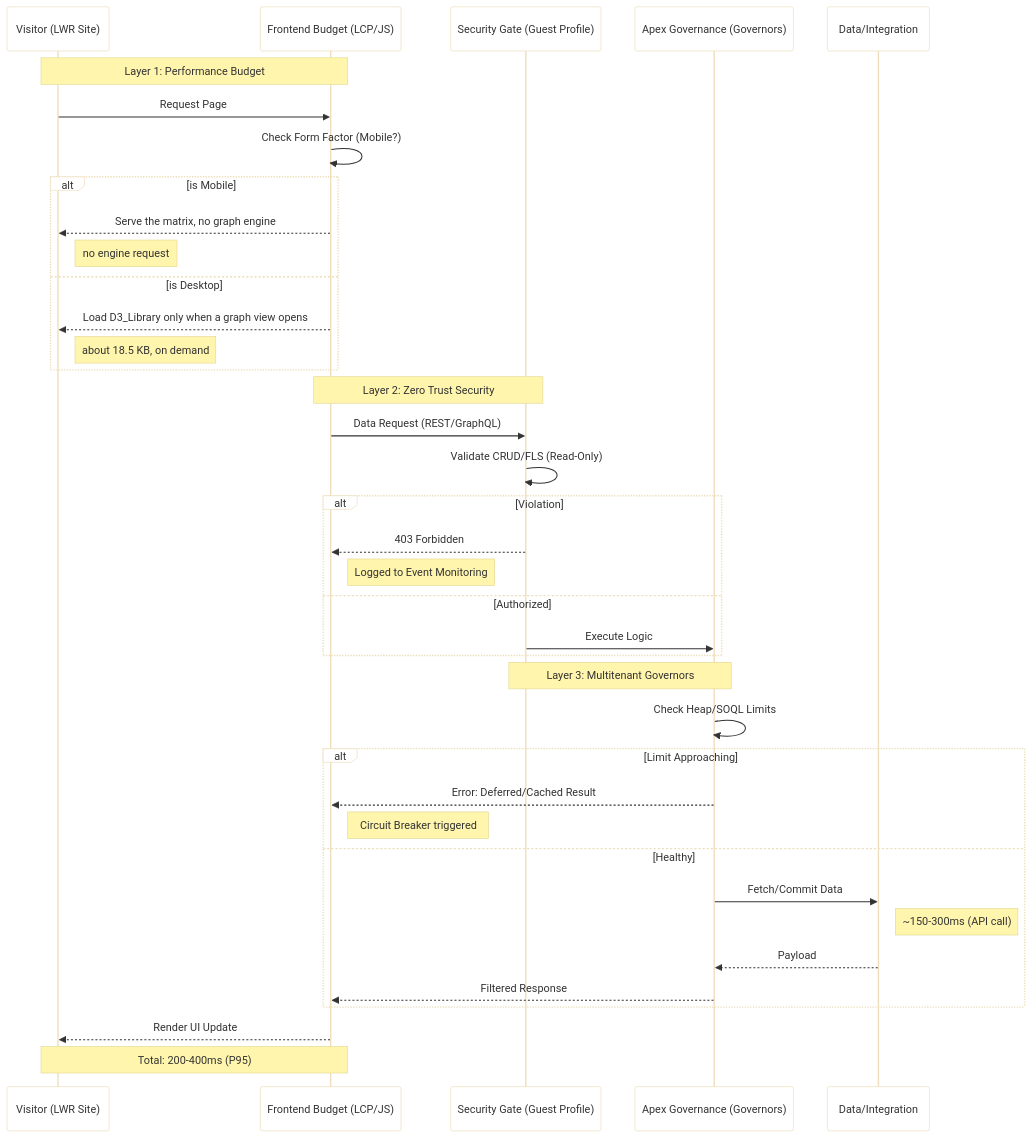
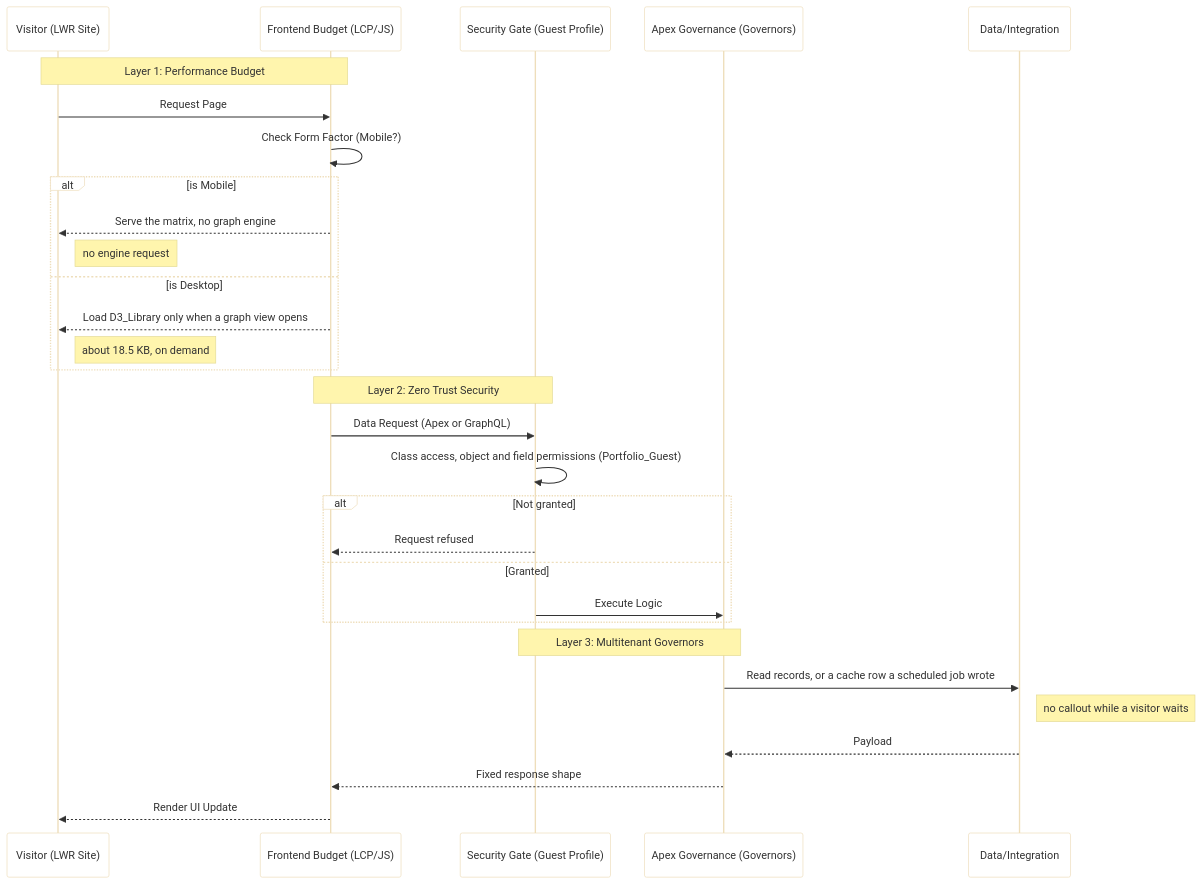
Before and after one commit to rdbumstead/salesforce-platform-architect-portfolio: the diagram in docs/guides/06-Guardrails-and-Executable-Governance.md, drawn with Mermaid. The commit also changed other lines of this file, not shown here.

````diff
--- a/docs/guides/06-Guardrails-and-Executable-Governance.md
+++ b/docs/guides/06-Guardrails-and-Executable-Governance.md
@@ -153,45 +155,36 @@
 ```mermaid
 sequenceDiagram
     %%{init: {'theme': 'base', 'themeVariables': { 'mainBkg': '#ffffff'}}}%%
     participant U as Visitor (LWR Site)
     participant B as Frontend Budget (LCP/JS)
     participant G as Security Gate (Guest Profile)
     participant A as Apex Governance (Governors)
     participant D as Data/Integration
 
     Note over U,B: Layer 1: Performance Budget
     U->>B: Request Page
     B->>B: Check Form Factor (Mobile?)
     alt is Mobile
         B-->>U: Serve the matrix, no graph engine
         Note right of U: no engine request
     else is Desktop
         B-->>U: Load D3_Library only when a graph view opens
         Note right of U: about 18.5 KB, on demand
     end
 
     Note over B,G: Layer 2: Zero Trust Security
-    B->>G: Data Request (REST/GraphQL)
-    G->>G: Validate CRUD/FLS (Read-Only)
-    alt Violation
-        G-->>B: 403 Forbidden
-        Note right of B: Logged to Event Monitoring
-    else Authorized
+    B->>G: Data Request (Apex or GraphQL)
+    G->>G: Class access, object and field permissions (Portfolio_Guest)
+    alt Not granted
+        G-->>B: Request refused
+    else Granted
         G->>A: Execute Logic
     end
 
     Note over G,A: Layer 3: Multitenant Governors
-    A->>A: Check Heap/SOQL Limits
-    alt Limit Approaching
-        A-->>B: Error: Deferred/Cached Result
-        Note right of B: Circuit Breaker triggered
-    else Healthy
-        A->>D: Fetch/Commit Data
-        Note right of D: ~150-300ms (API call)
-        D-->>A: Payload
-        A-->>B: Filtered Response
-    end
-
+    A->>D: Read records, or a cache row a scheduled job wrote
+    Note right of D: no callout while a visitor waits
+    D-->>A: Payload
+    A-->>B: Fixed response shape
     B-->>U: Render UI Update
-    Note over U,B: Total: 200-400ms (P95)
 ```
````
